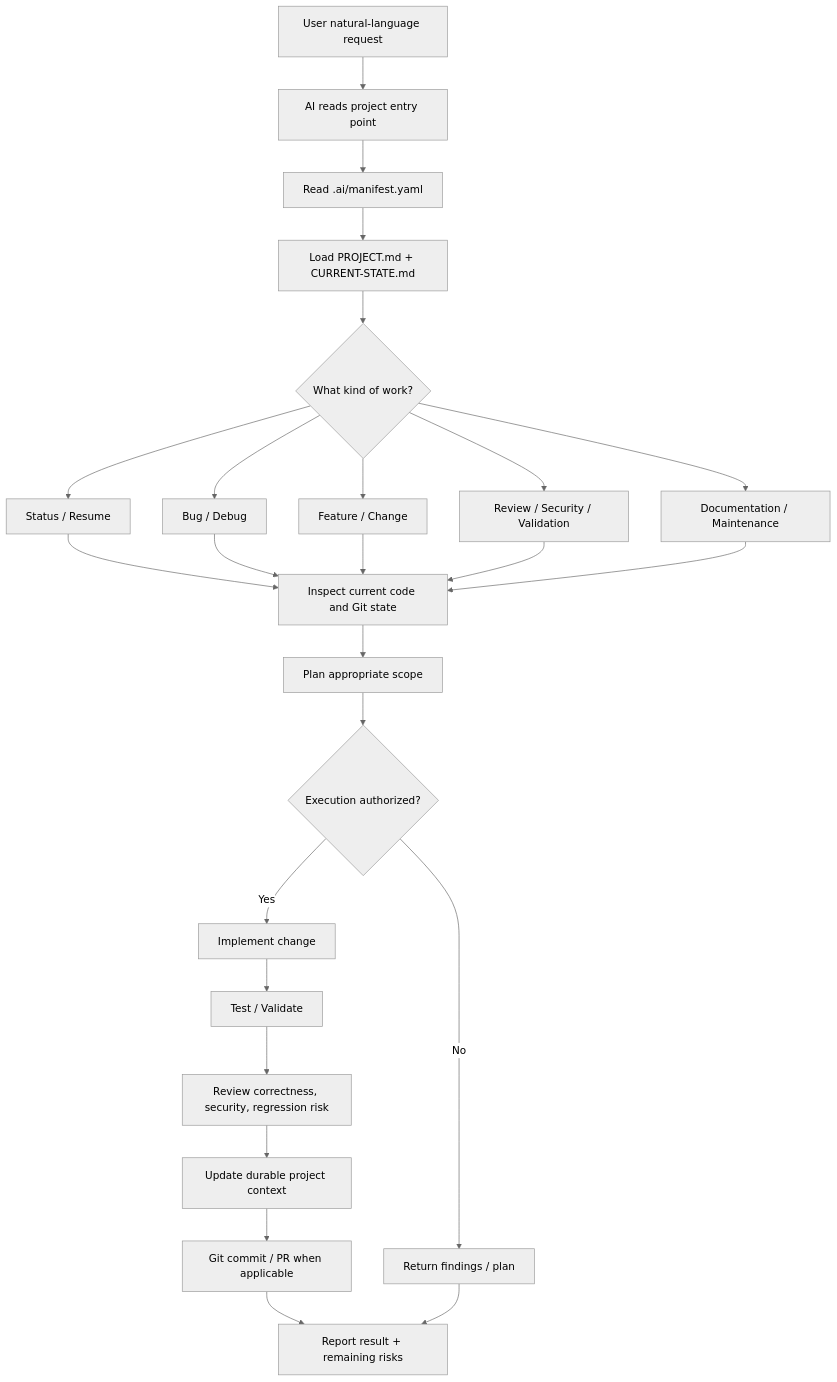
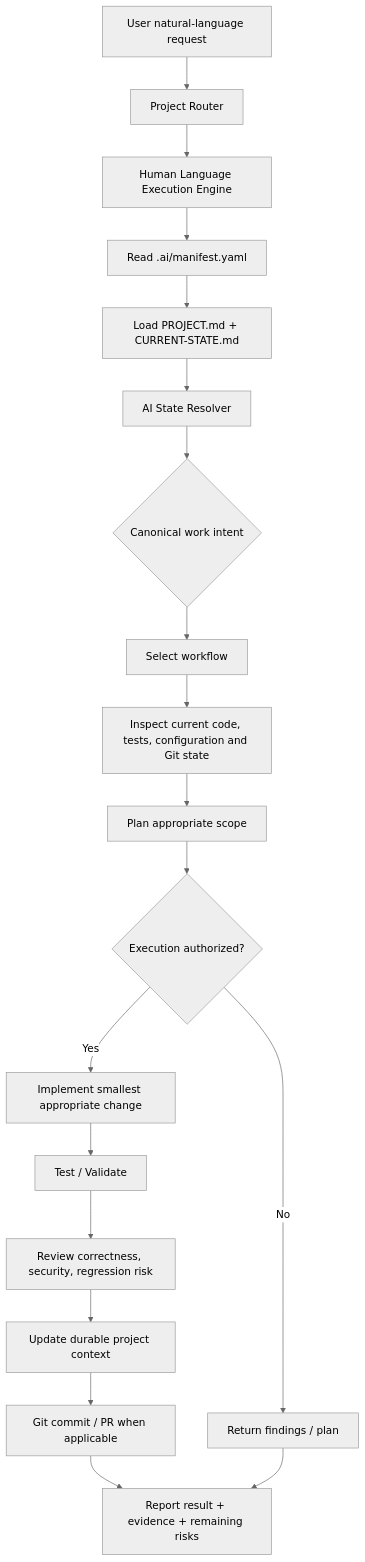
One commit to zzpsah/chatgpt-development-os changed the first of 3 diagrams in docs/ARCHITECTURE.md. Above: the diagram before and after it, drawn with Mermaid (neutral theme). The commit also changed other lines of this file, not shown here.

Commit message:
docs: integrate language engine and state resolver architecture

````diff
--- a/docs/ARCHITECTURE.md
+++ b/docs/ARCHITECTURE.md
@@ -5,27 +5,21 @@
 ```mermaid
 flowchart TD
-    U[User natural-language request] --> R[AI reads project entry point]
-    R --> M[Read .ai/manifest.yaml]
+    U[User natural-language request] --> R[Project Router]
+    R --> H[Human Language Execution Engine]
+    H --> M[Read .ai/manifest.yaml]
     M --> C[Load PROJECT.md + CURRENT-STATE.md]
-    C --> D{What kind of work?}
-    D --> S[Status / Resume]
-    D --> B[Bug / Debug]
-    D --> F[Feature / Change]
-    D --> V[Review / Security / Validation]
-    D --> O[Documentation / Maintenance]
-    S --> I[Inspect current code and Git state]
-    B --> I
-    F --> I
-    V --> I
-    O --> I
+    C --> S[AI State Resolver]
+    S --> D{Canonical work intent}
+    D --> W[Select workflow]
+    W --> I[Inspect current code, tests, configuration and Git state]
     I --> P[Plan appropriate scope]
     P --> A{Execution authorized?}
     A -->|No| PL[Return findings / plan]
-    A -->|Yes| X[Implement change]
+    A -->|Yes| X[Implement smallest appropriate change]
     X --> T[Test / Validate]
     T --> Q[Review correctness, security, regression risk]
     Q --> N[Update durable project context]
     N --> G[Git commit / PR when applicable]
-    G --> Z[Report result + remaining risks]
+    G --> Z[Report result + evidence + remaining risks]
     PL --> Z
 ```
````
